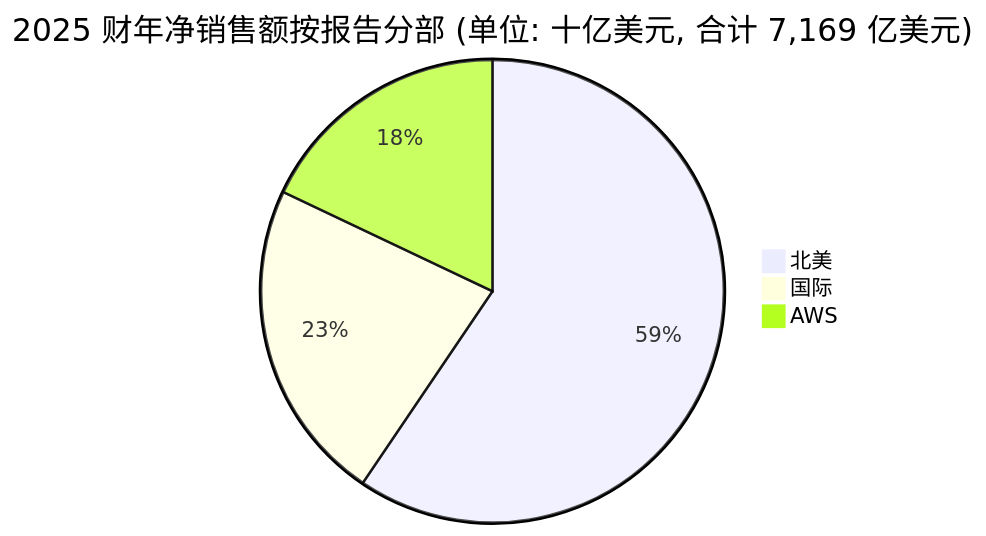
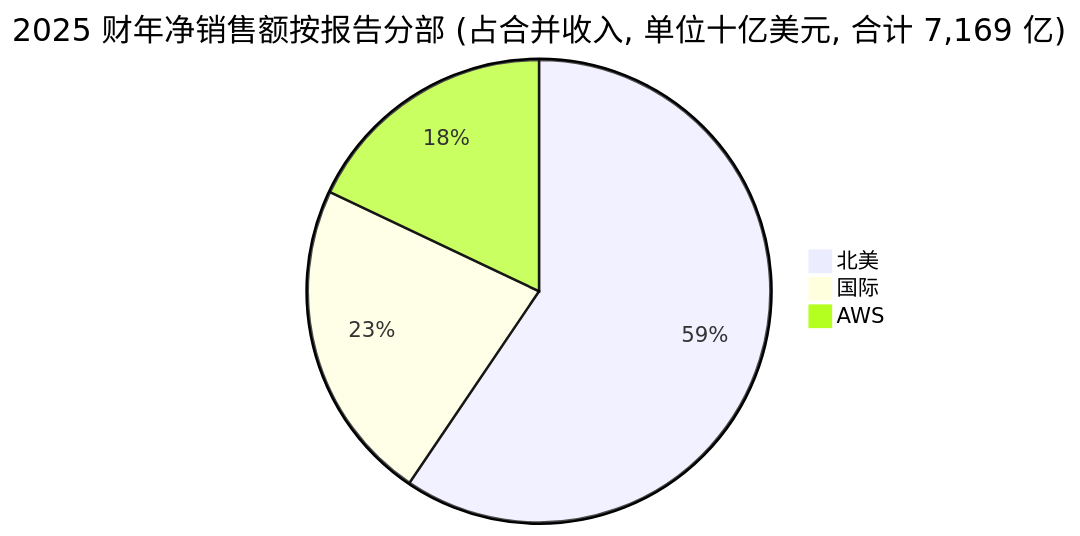
Before and after one commit to dadachundan/financial_agent: the third of 3 diagrams in reports/company/Amazon_NASDAQ_AMZN/Amazon_NASDAQ_AMZN_公司研究.md, drawn with Mermaid. The commit also changed other lines of this file, not shown here.

First line of the commit message:
feat(company-research): refresh Amazon (AMZN) — full chart suite + decision layer

````diff
--- a/reports/company/Amazon_NASDAQ_AMZN/Amazon_NASDAQ_AMZN_公司研究.md
+++ b/reports/company/Amazon_NASDAQ_AMZN/Amazon_NASDAQ_AMZN_公司研究.md
@@ -214,6 +672,6 @@
 ```mermaid
-pie title 2025 财年净销售额按报告分部 (单位: 十亿美元, 合计 7,169 亿美元)
+pie title 2025 财年净销售额按报告分部 (占合并收入, 单位十亿美元, 合计 7,169 亿)
   "北美" : 426.305
   "国际" : 161.894
   "AWS" : 128.725
 ```
````
